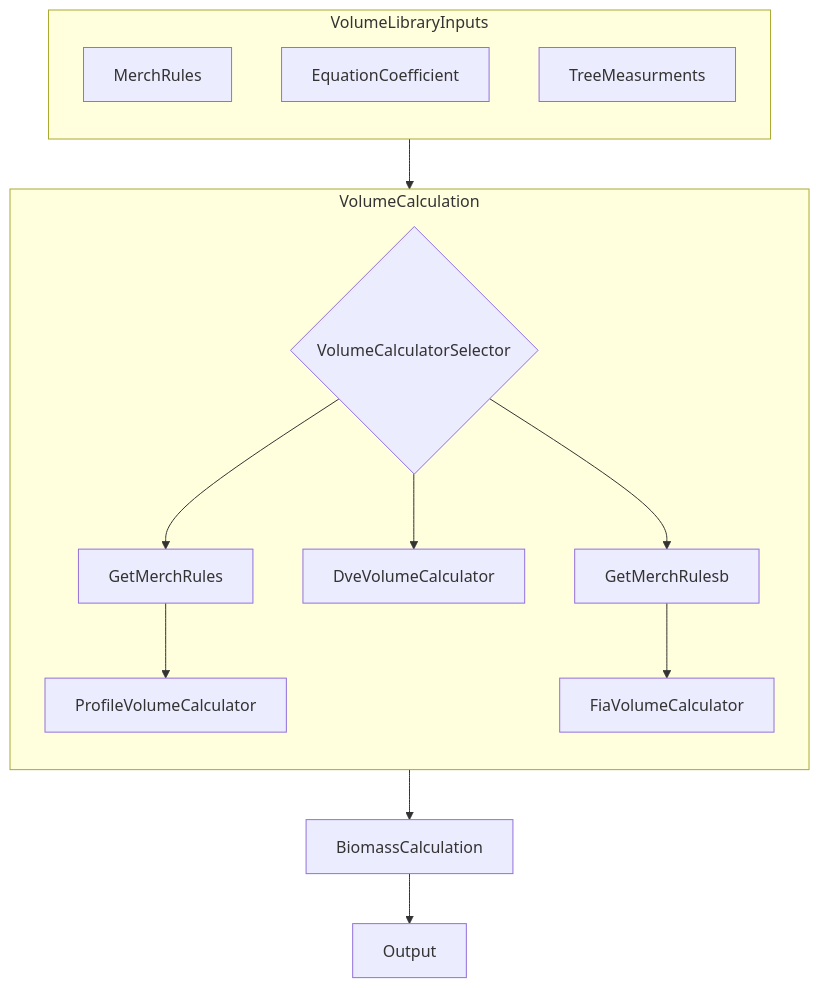
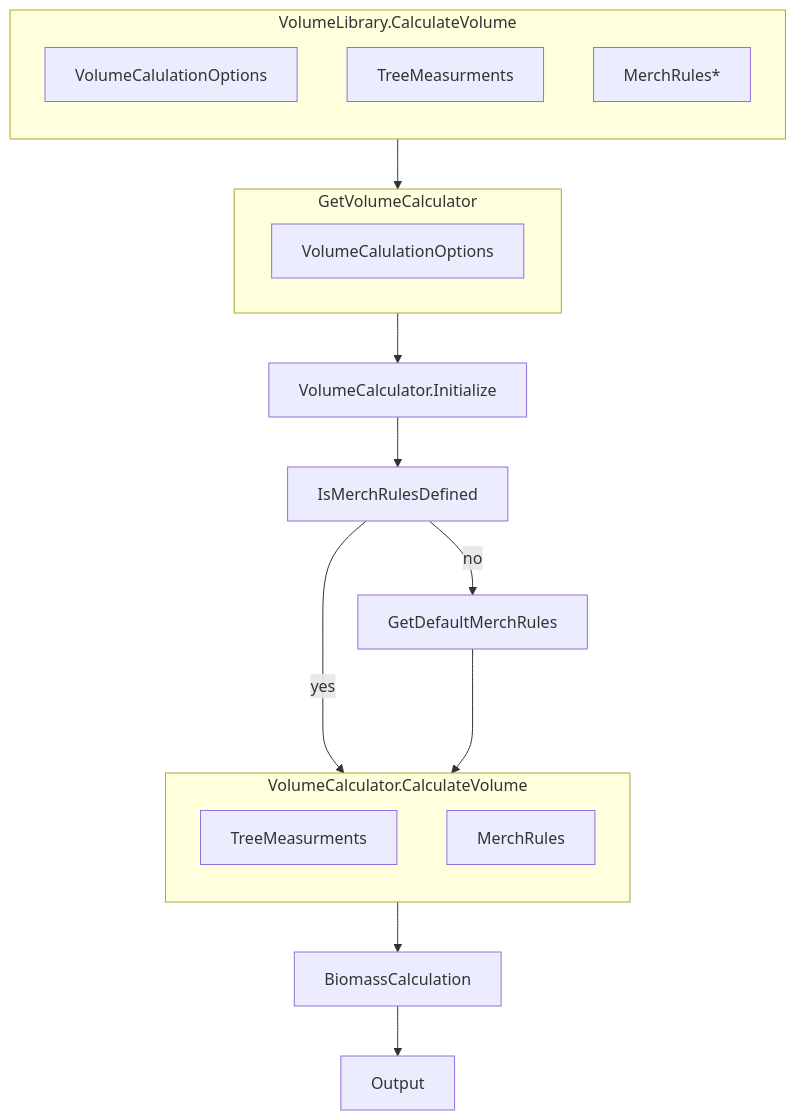
The second of 7 diagrams in docs/NewVolLibPlanning/VolumeCalulationFlow.md (FMSC-Measurements/VolumeLibrary), drawn with Mermaid before and after one commit. The commit also changed other lines of this file and 1 other file, not shown here.

````diff
--- a/docs/NewVolLibPlanning/VolumeCalulationFlow.md
+++ b/docs/NewVolLibPlanning/VolumeCalulationFlow.md
@@ -2,24 +25,36 @@
 ```mermaid
 flowchart TB
 
-    VolumeLibraryInputs --> VolumeCalculation --> BiomassCalculation --> Output
+    VLVC -->GetVolumeCalculator-->VolumeCalculator.Initialize--> 
+    IsMerchRulesDefined-- yes -->VC 
+    IsMerchRulesDefined-- no -->GetDefaultMerchRules 
 
-    subgraph VolumeLibraryInputs
+    GetDefaultMerchRules--->VC
+
+    
+    --> BiomassCalculation --> Output
+
+    subgraph VLVC[VolumeLibrary.CalculateVolume ]
         direction TB
-        MerchRules
-        EquationCoefficient
-        TreeMeasurments
+        1a[VolumeCalulationOptions]
+        1b[TreeMeasurments]
+        1c[MerchRules*]
+        
         
     end
     
+    subgraph GetVolumeCalculator
+        2a[VolumeCalulationOptions]
+    end
 
-    subgraph VolumeCalculation
+
+    subgraph VC[VolumeCalculator.CalculateVolume]
         direction TB
 
-        A{VolumeCalculatorSelector}
-        A-->GetMerchRules-->ProfileVolumeCalculator
-        A-->DveVolumeCalculator
-        A-->GetMerchRulesb-->FiaVolumeCalculator
+        3a[TreeMeasurments]
+        3b[MerchRules]
+
+
     end
 
 ```
````
